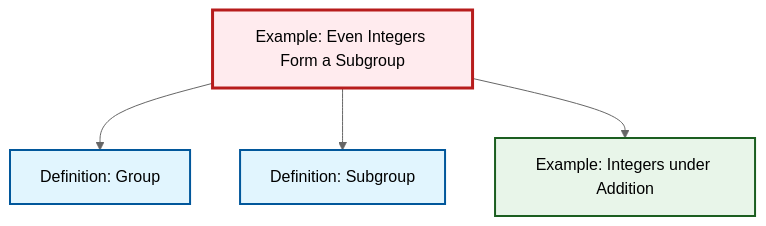
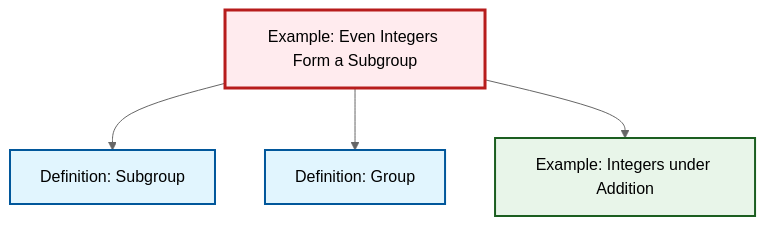
Before and after one commit to RK0429/ModernMath: the diagram in content/en/algebra/ex-even-integers-subgroup.qmd, drawn with Mermaid (neutral theme). The commit also changed other lines of this file and 203 other files, not shown here.

````diff
--- a/content/en/algebra/ex-even-integers-subgroup.qmd
+++ b/content/en/algebra/ex-even-integers-subgroup.qmd
@@ -44,21 +44,17 @@
 ```{mermaid}
 %%| fig-cap: "Local dependency graph"
 graph TD
     classDef definition fill:#e1f5fe,stroke:#01579b,stroke-width:2px
     classDef theorem fill:#f3e5f5,stroke:#4a148c,stroke-width:2px
     classDef axiom fill:#fff3e0,stroke:#e65100,stroke-width:2px
     classDef example fill:#e8f5e9,stroke:#1b5e20,stroke-width:2px
     classDef current fill:#ffebee,stroke:#b71c1c,stroke-width:3px
+    def-group["Definition: Group"]:::definition
     ex-even-integers-subgroup["Example: Even Integers Form a Subgroup"]:::example
+    def-subgroup["Definition: Subgroup"]:::definition
     ex-integers-addition["Example: Integers under Addition"]:::example
-    def-group["Definition: Group"]:::definition
-    def-subgroup["Definition: Subgroup"]:::definition
+    ex-even-integers-subgroup --> def-subgroup
     ex-even-integers-subgroup --> def-group
-    ex-even-integers-subgroup --> def-subgroup
     ex-even-integers-subgroup --> ex-integers-addition
     class ex-even-integers-subgroup current
-
-    click ex-integers-addition "ex-integers-addition.html" "Go to Integers under Addition example"
-    click def-group "def-group.html" "Go to Group definition"
-    click def-subgroup "def-subgroup.html" "Go to Subgroup definition"
 ```
````
